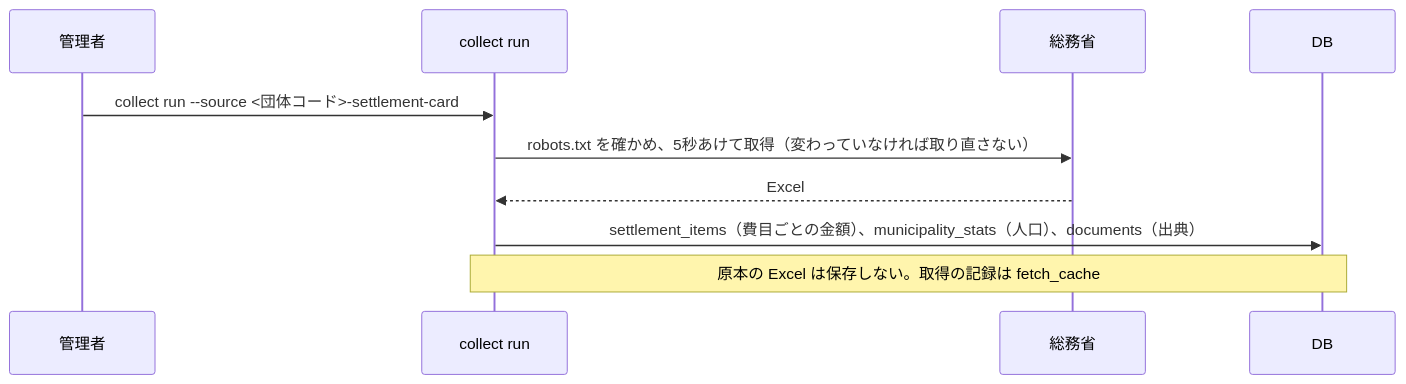
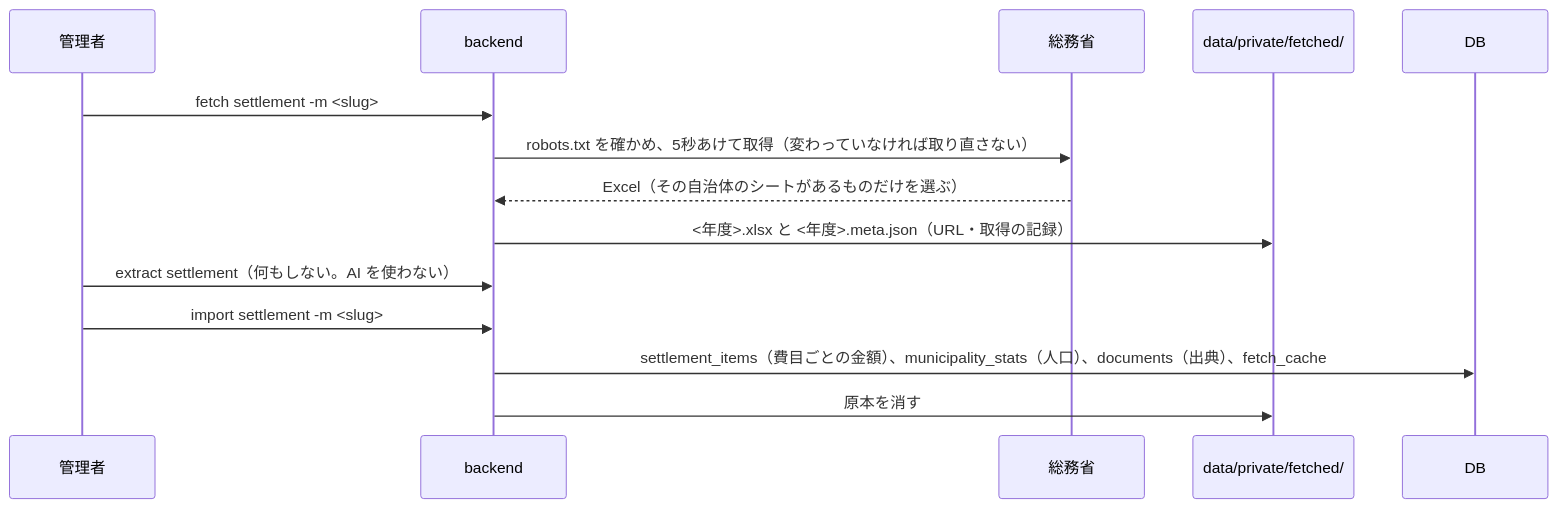
Before and after one commit to soman-ungan/civic-platform: the second of 5 diagrams in docs/data-flow.md, drawn with Mermaid. The commit also changed other lines of this file and 8 other files, not shown here.

````diff
--- a/docs/data-flow.md
+++ b/docs/data-flow.md
@@ -94,12 +102,16 @@
 ```mermaid
 sequenceDiagram
     participant 管理者
-    participant CLI as collect run
+    participant CLI as backend
     participant 総務省
+    participant 置き場 as data/private/fetched/
     participant DB
-    管理者->>CLI: collect run --source <団体コード>-settlement-card
+    管理者->>CLI: fetch settlement -m <slug>
     CLI->>総務省: robots.txt を確かめ、5秒あけて取得（変わっていなければ取り直さない）
-    総務省-->>CLI: Excel
-    CLI->>DB: settlement_items（費目ごとの金額）、municipality_stats（人口）、documents（出典）
-    Note over CLI,DB: 原本の Excel は保存しない。取得の記録は fetch_cache
+    総務省-->>CLI: Excel（その自治体のシートがあるものだけを選ぶ）
+    CLI->>置き場: <年度>.xlsx と <年度>.meta.json（URL・取得の記録）
+    管理者->>CLI: extract settlement（何もしない。AI を使わない）
+    管理者->>CLI: import settlement -m <slug>
+    CLI->>DB: settlement_items（費目ごとの金額）、municipality_stats（人口）、documents（出典）、fetch_cache
+    CLI->>置き場: 原本を消す
 ```
````
